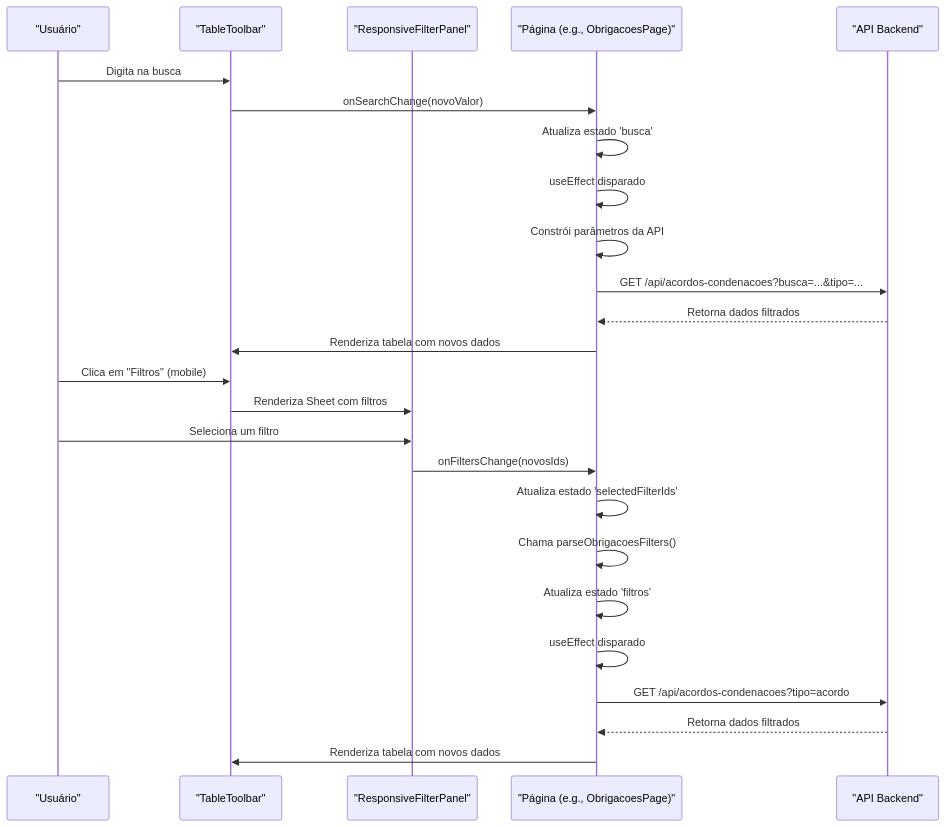
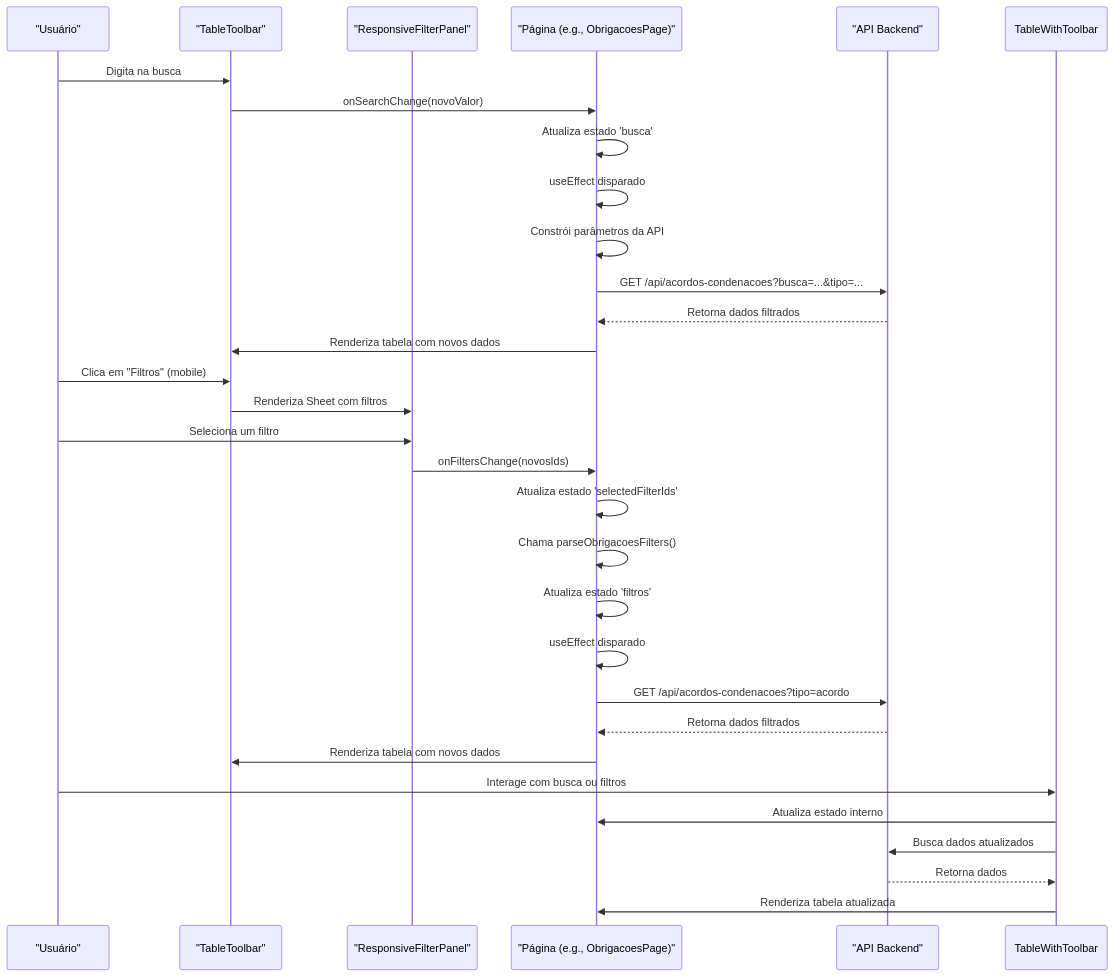
One commit to SinesysTech/diegobarbosa-os changed the second of 3 diagrams in .qoder/repowiki/pt/content/Arquitetura Frontend/Ui Filters Toolbar Redesign.md. Above: the diagram before and after it, drawn with Mermaid. The commit also changed other lines of this file and 77 other files, not shown here.

First line of the commit message:
feat(ui): adicionar componente TableWithToolbar unificado com painel responsivo

````diff
--- a/.qoder/repowiki/pt/content/Arquitetura Frontend/Ui Filters Toolbar Redesign.md
+++ b/.qoder/repowiki/pt/content/Arquitetura Frontend/Ui Filters Toolbar Redesign.md
@@ -131,27 +155,32 @@
 ```mermaid
 sequenceDiagram
 participant User as "Usuário"
 participant Toolbar as "TableToolbar"
 participant Panel as "ResponsiveFilterPanel"
 participant Page as "Página (e.g., ObrigacoesPage)"
 participant API as "API Backend"
 User->>Toolbar : Digita na busca
 Toolbar->>Page : onSearchChange(novoValor)
 Page->>Page : Atualiza estado 'busca'
 Page->>Page : useEffect disparado
 Page->>Page : Constrói parâmetros da API
 Page->>API : GET /api/acordos-condenacoes?busca=...&tipo=...
 API-->>Page : Retorna dados filtrados
 Page->>Toolbar : Renderiza tabela com novos dados
 User->>Toolbar : Clica em "Filtros" (mobile)
 Toolbar->>Panel : Renderiza Sheet com filtros
 User->>Panel : Seleciona um filtro
 Panel->>Page : onFiltersChange(novosIds)
 Page->>Page : Atualiza estado 'selectedFilterIds'
 Page->>Page : Chama parseObrigacoesFilters()
 Page->>Page : Atualiza estado 'filtros'
 Page->>Page : useEffect disparado
 Page->>API : GET /api/acordos-condenacoes?tipo=acordo
 API-->>Page : Retorna dados filtrados
 Page->>Toolbar : Renderiza tabela com novos dados
+User->>TableWithToolbar : Interage com busca ou filtros
+TableWithToolbar->>Page : Atualiza estado interno
+TableWithToolbar->>API : Busca dados atualizados
+API-->>TableWithToolbar : Retorna dados
+TableWithToolbar->>Page : Renderiza tabela atualizada
 ```
````
